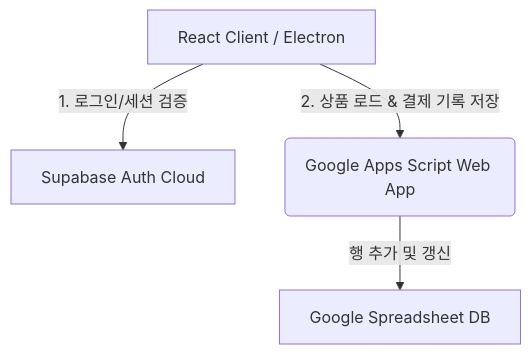
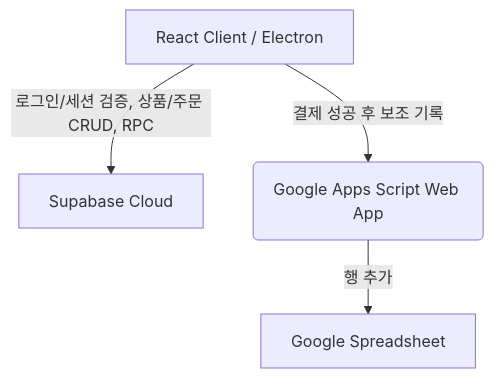
One commit to cade-beep/ssnr-pos changed the diagram in README.md. Above: the diagram before and after it, drawn with Mermaid. The commit also changed other lines of this file and 7 other files, not shown here.

````diff
--- a/README.md
+++ b/README.md
@@ -49,6 +46,6 @@
 ```mermaid
 graph TD
-    A[React Client / Electron] -->|1. 로그인/세션 검증| B[Supabase Auth Cloud]
-    A -->|2. 상품 로드 & 결제 기록 저장| C(Google Apps Script Web App)
-    C -->|행 추가 및 갱신| D[Google Spreadsheet DB]
+    A[React Client / Electron] -->|로그인/세션 검증, 상품/주문 CRUD, RPC| B[Supabase Cloud]
+    A -->|결제 성공 후 보조 기록| C(Google Apps Script Web App)
+    C -->|행 추가| D[Google Spreadsheet]
 ```
````
